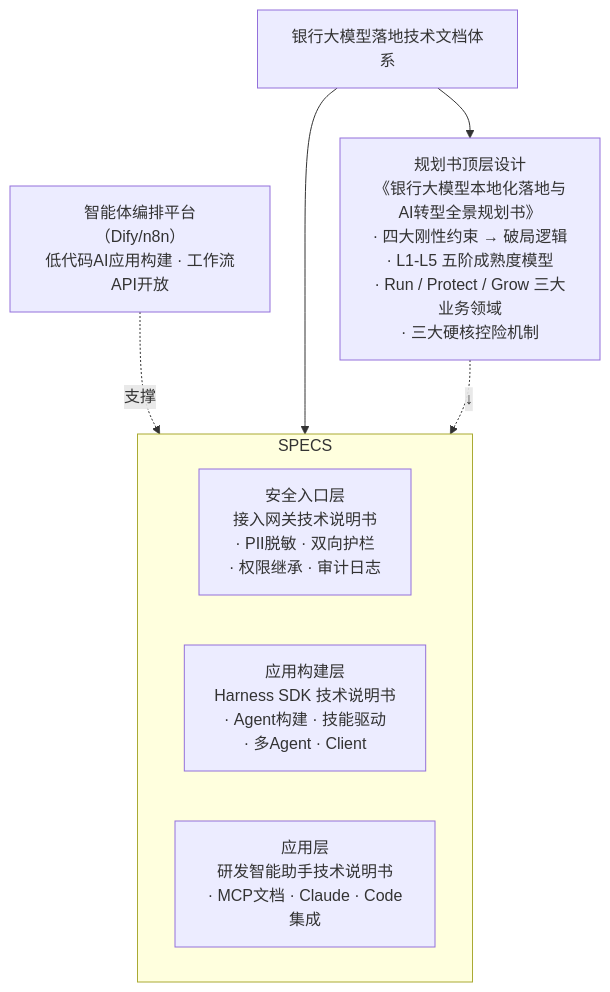
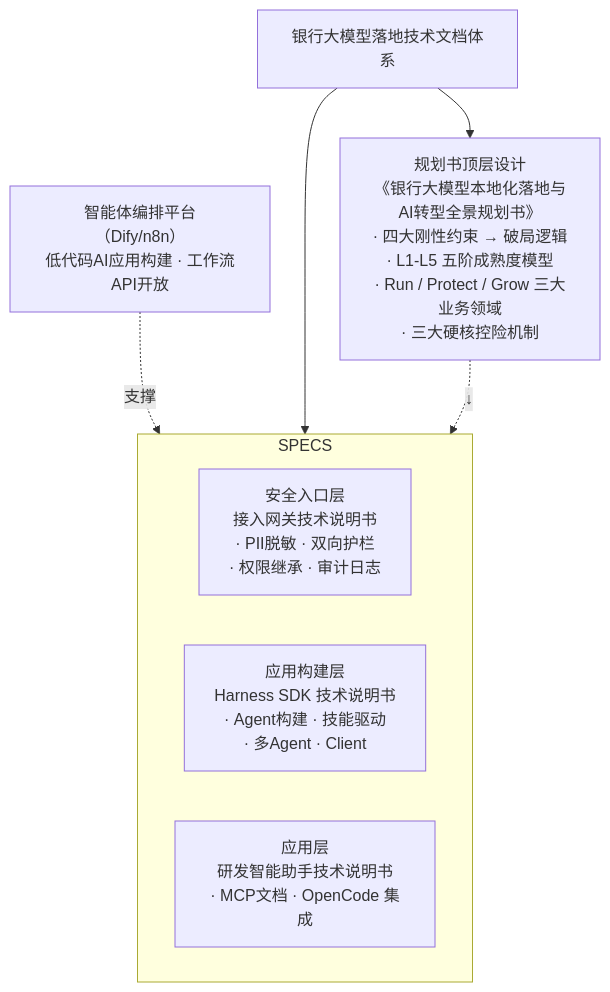
Before and after one commit to wonglaitung/splan: the first of 4 diagrams in README.md, drawn with Mermaid. The commit also changed other lines of this file and 12 other files, not shown here.

First line of the commit message:
chore: 项目迁移至 OpenCode，移除 Claude 内容

````diff
--- a/README.md
+++ b/README.md
@@ -7,15 +7,15 @@
 ```mermaid
 flowchart TB
     SYS["银行大模型落地技术文档体系"]
     SYS --> PLAN["规划书顶层设计<br/>《银行大模型本地化落地与AI转型全景规划书》<br/>· 四大刚性约束 → 破局逻辑<br/>· L1-L5 五阶成熟度模型<br/>· Run / Protect / Grow 三大业务领域<br/>· 三大硬核控险机制"]
     SYS --> SPECS["技术说明书（四层架构支撑）"]
     subgraph SPECS
         direction LR
         GW["安全入口层<br/>接入网关技术说明书<br/>· PII脱敏 · 双向护栏<br/>· 权限继承 · 审计日志"]
         FR["应用构建层<br/>Harness SDK 技术说明书<br/>· Agent构建 · 技能驱动<br/>· 多Agent · Client"]
-        USE["应用层<br/>研发智能助手技术说明书<br/>· MCP文档 · Claude · Code集成"]
+        USE["应用层<br/>研发智能助手技术说明书<br/>· MCP文档 · OpenCode 集成"]
     end
     ORCH["智能体编排平台（Dify/n8n）<br/>低代码AI应用构建 · 工作流API开放"]
     ORCH -.->|支撑| FR
     PLAN -.->|"↓"| SPECS
 ```
````
